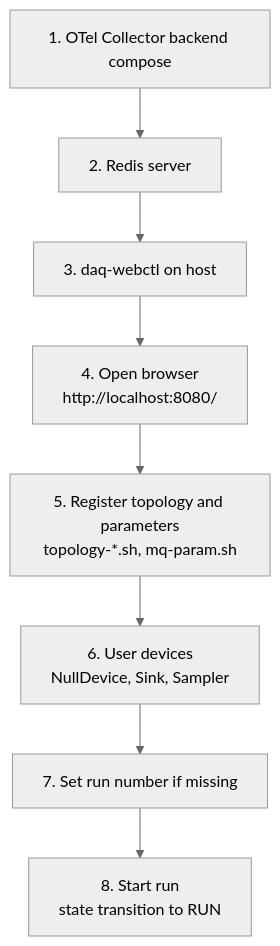
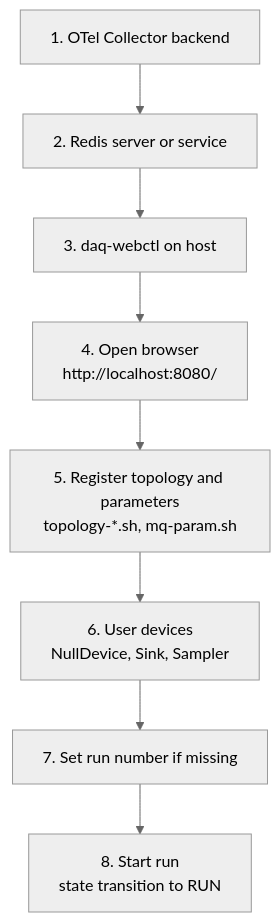
One commit to tntakahashi/nestdaq changed the first of 2 diagrams in examples/README.md. Above: the diagram before and after it, drawn with Mermaid (neutral theme). The commit also changed other lines of this file and 2 other files, not shown here.

````diff
--- a/examples/README.md
+++ b/examples/README.md
@@ -65,14 +65,14 @@
 ```mermaid
 flowchart TD
-  Otel[1. OTel Collector backend compose]
-  Redis[2. Redis server]
+  Otel[1. OTel Collector backend]
+  Redis[2. Redis server or service]
   WebCtl[3. daq-webctl on host]
   Browser[4. Open browser<br/>http://localhost:8080/]
   Config[5. Register topology and parameters<br/>topology-*.sh, mq-param.sh]
   UserDevices[6. User devices<br/>NullDevice, Sink, Sampler]
   RunNumber[7. Set run number if missing]
   StartRun[8. Start run<br/>state transition to RUN]
 
   Otel --> Redis --> WebCtl --> Browser --> Config --> UserDevices --> RunNumber
   RunNumber --> StartRun
 ```
````
